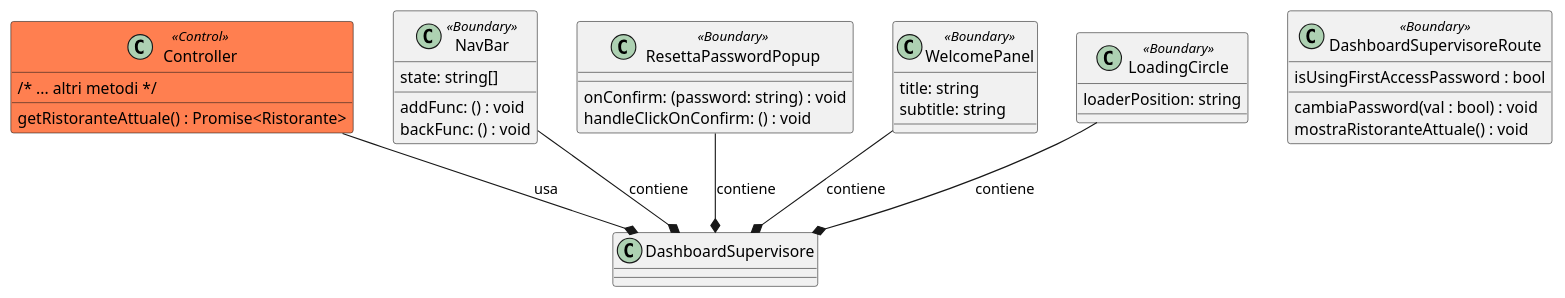
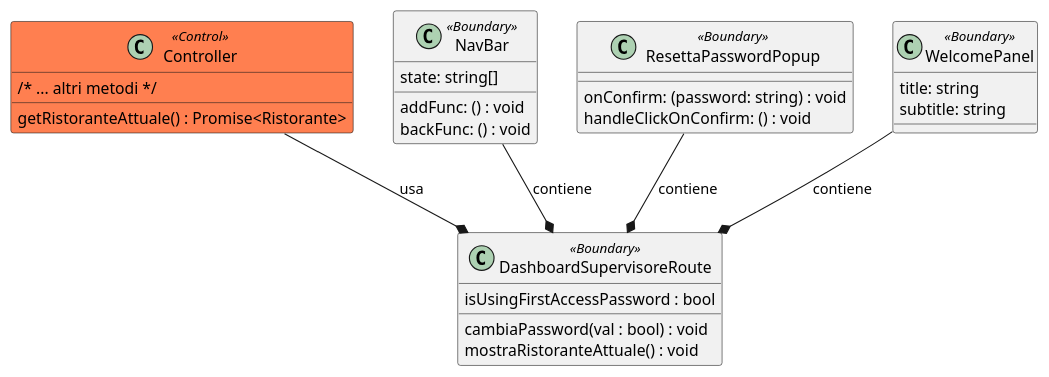
One commit to macro21KGB/Esame-INGSW-22-23 changed the diagram in diagrams/PUML/routes/DashboardSupervisore.puml. Above: the diagram before and after it, drawn with PlantUML. The commit also changed 34 other files, not shown here.

```diff
--- a/diagrams/PUML/routes/DashboardSupervisore.puml
+++ b/diagrams/PUML/routes/DashboardSupervisore.puml
@@ -1,51 +1,47 @@
 @startuml
 
 
 class Controller <<Control>> #coral{
 /* ... altri metodi */
 getRistoranteAttuale() : Promise<Ristorante>
 }
 
 class DashboardSupervisoreRoute <<Boundary>> {
 isUsingFirstAccessPassword : bool
 cambiaPassword(val : bool) : void
 mostraRistoranteAttuale() : void
 }
 
 
 class NavBar <<Boundary>> {
 
 	addFunc: () : void
 	backFunc: () : void
 	state: string[]
 }
 
 class ResettaPasswordPopup <<Boundary>> {
 
     onConfirm: (password: string) : void
     handleClickOnConfirm: () : void
 
 }
 
 
 class WelcomePanel <<Boundary>> {
 
     title: string
     subtitle: string
 
 }
 
-class LoadingCircle <<Boundary>> {
-
-	loaderPosition: string
-
-}
 
 
 
-WelcomePanel--* DashboardSupervisore : contiene
-NavBar --* DashboardSupervisore : contiene
-LoadingCircle --* DashboardSupervisore : contiene
-ResettaPasswordPopup --* DashboardSupervisore : contiene
-Controller --* DashboardSupervisore : usa
+
+WelcomePanel--* DashboardSupervisoreRoute : contiene
+NavBar --* DashboardSupervisoreRoute : contiene
+
+ResettaPasswordPopup --* DashboardSupervisoreRoute : contiene
+Controller --* DashboardSupervisoreRoute : usa
 @enduml
```
